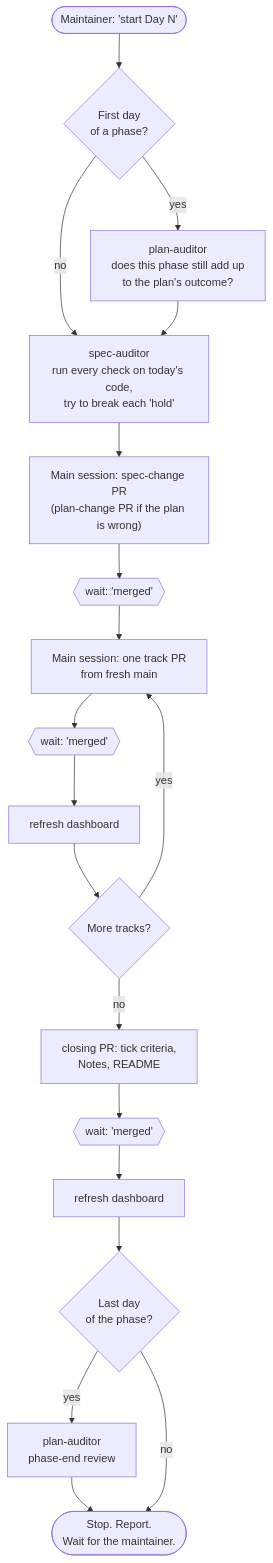
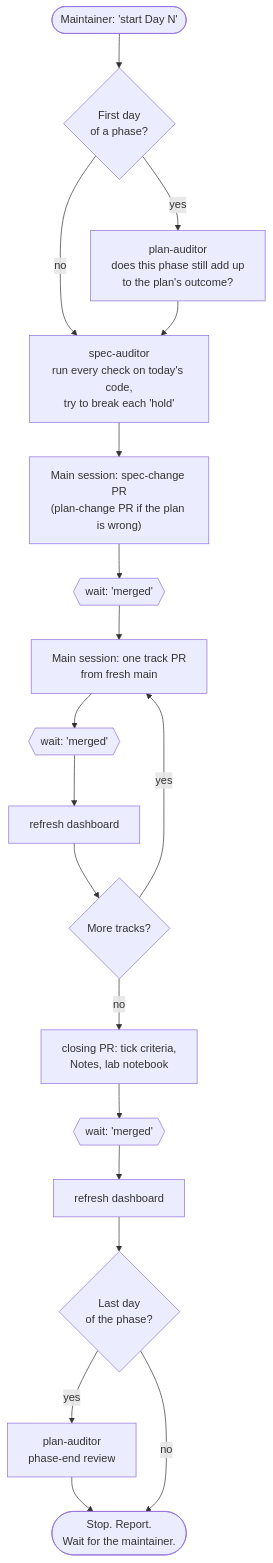
The second of 2 diagrams in docs/workflow.md (Yusuprozimemet/jobmatch-microservices), drawn with Mermaid before and after one commit. The commit also changed 7 other files, not shown here.

````diff
--- a/docs/workflow.md
+++ b/docs/workflow.md
@@ -43,20 +43,20 @@
 ```mermaid
 flowchart TD
     Start(["Maintainer: 'start Day N'"]) --> Phase{"First day<br/>of a phase?"}
     Phase -- yes --> PA1["plan-auditor<br/>does this phase still add up<br/>to the plan's outcome?"]
     Phase -- no --> SA
     PA1 --> SA["spec-auditor<br/>run every check on today's code,<br/>try to break each 'hold'"]
     SA --> Fix["Main session: spec-change PR<br/>(plan-change PR if the plan is wrong)"]
     Fix --> W1{{"wait: 'merged'"}}
     W1 --> Track["Main session: one track PR<br/>from fresh main"]
     Track --> W2{{"wait: 'merged'"}}
     W2 --> Dash["refresh dashboard"]
     Dash --> More{"More tracks?"}
     More -- yes --> Track
-    More -- no --> Close["closing PR: tick criteria,<br/>Notes, README"]
+    More -- no --> Close["closing PR: tick criteria,<br/>Notes, lab notebook"]
     Close --> W3{{"wait: 'merged'"}}
     W3 --> Dash2["refresh dashboard"]
     Dash2 --> Last{"Last day<br/>of the phase?"}
     Last -- yes --> PA2["plan-auditor<br/>phase-end review"] --> Stop(["Stop. Report.<br/>Wait for the maintainer."])
     Last -- no --> Stop
 ```
````
